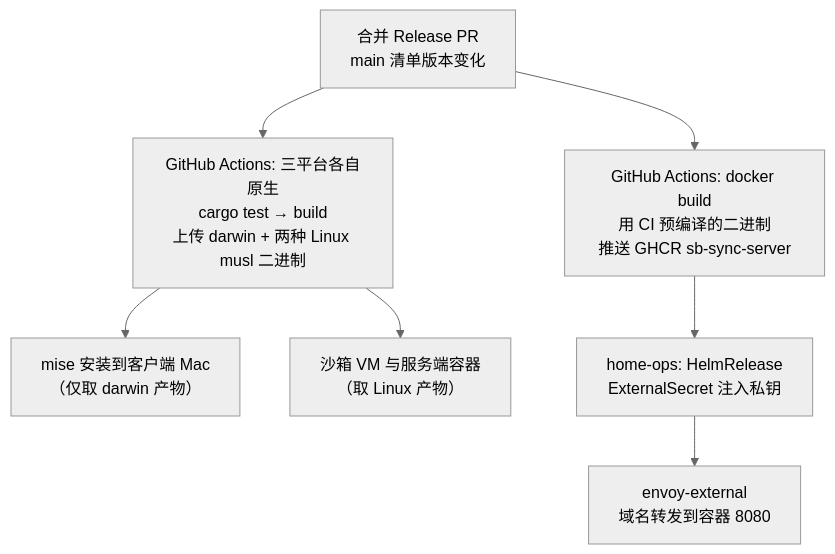
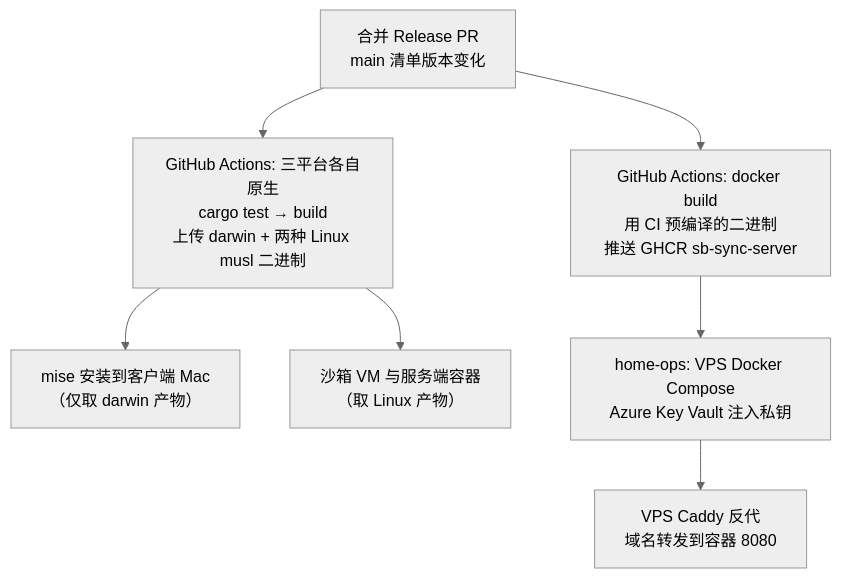
Before and after one commit to shelken/proxy: the fourth of 4 diagrams in docs/sb-sync.md, drawn with Mermaid (neutral theme). The commit also changed 1 other file, not shown here.

Commit message:
docs(sb-sync): 对齐服务端独立部署至 VPS 的架构与发布说明
- docs/sb-sync.md: 部署流程图中的服务端载体由集群 HelmRelease 改为 VPS Docker Compose + Caddy
- RELEASE.md: 部署职责说明对齐 VPS Compose 形态
- 关联 issue #39

````diff
--- a/docs/sb-sync.md
+++ b/docs/sb-sync.md
@@ -265,9 +265,9 @@
 ```mermaid
 flowchart TD
     TAG["合并 Release PR<br/>main 清单版本变化"] --> BIN["GitHub Actions: 三平台各自原生<br/>cargo test → build<br/>上传 darwin + 两种 Linux musl 二进制"]
     TAG --> IMG["GitHub Actions: docker build<br/>用 CI 预编译的二进制<br/>推送 GHCR sb-sync-server"]
     BIN --> MISE["mise 安装到客户端 Mac<br/>（仅取 darwin 产物）"]
     BIN --> BOX["沙箱 VM 与服务端容器<br/>（取 Linux 产物）"]
-    IMG --> HO["home-ops: HelmRelease<br/>ExternalSecret 注入私钥"]
-    HO --> GW["envoy-external<br/>域名转发到容器 8080"]
+    IMG --> VPS["home-ops: VPS Docker Compose<br/>Azure Key Vault 注入私钥"]
+    VPS --> CD["VPS Caddy 反代<br/>域名转发到容器 8080"]
 ```
````
